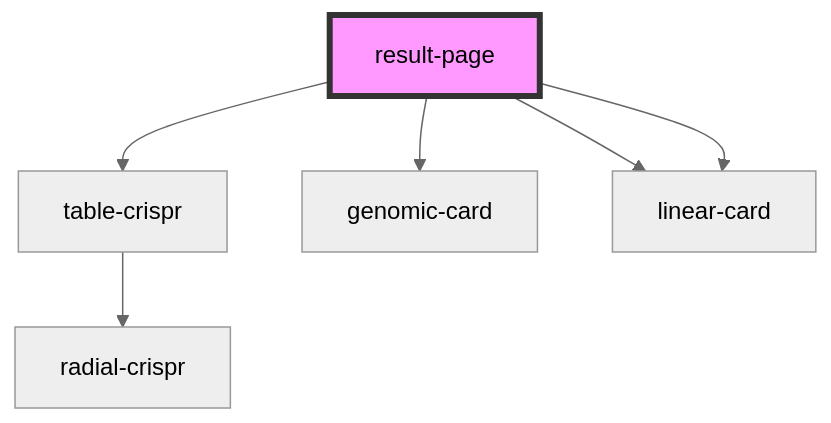
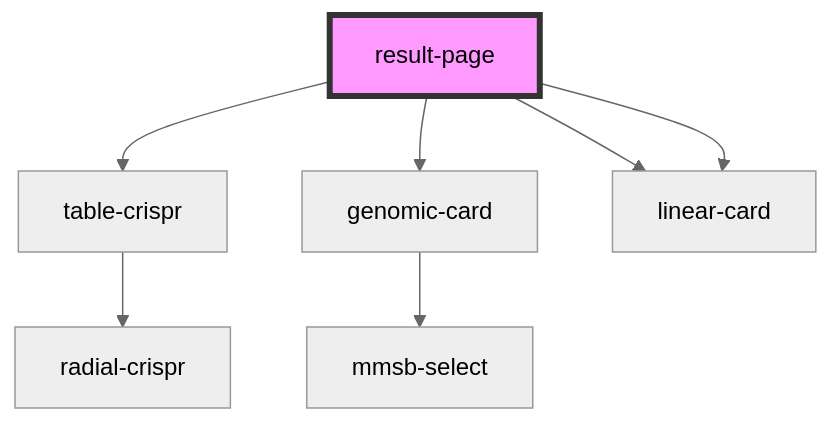
One commit to glaunay/result_page_crispr changed the diagram in src/components/my-component/readme.md. Above: the diagram before and after it, drawn with Mermaid (neutral theme). The commit also changed other lines of this file, not shown here.

Commit message:
readme from build

````diff
--- a/src/components/my-component/readme.md
+++ b/src/components/my-component/readme.md
@@ -28,9 +29,10 @@
 ```mermaid
 graph TD;
   result-page --> table-crispr
   result-page --> genomic-card
   result-page --> linear-card
   result-page --> linear-card
   table-crispr --> radial-crispr
+  genomic-card --> mmsb-select
   style result-page fill:#f9f,stroke:#333,stroke-width:4px
 ```
````
